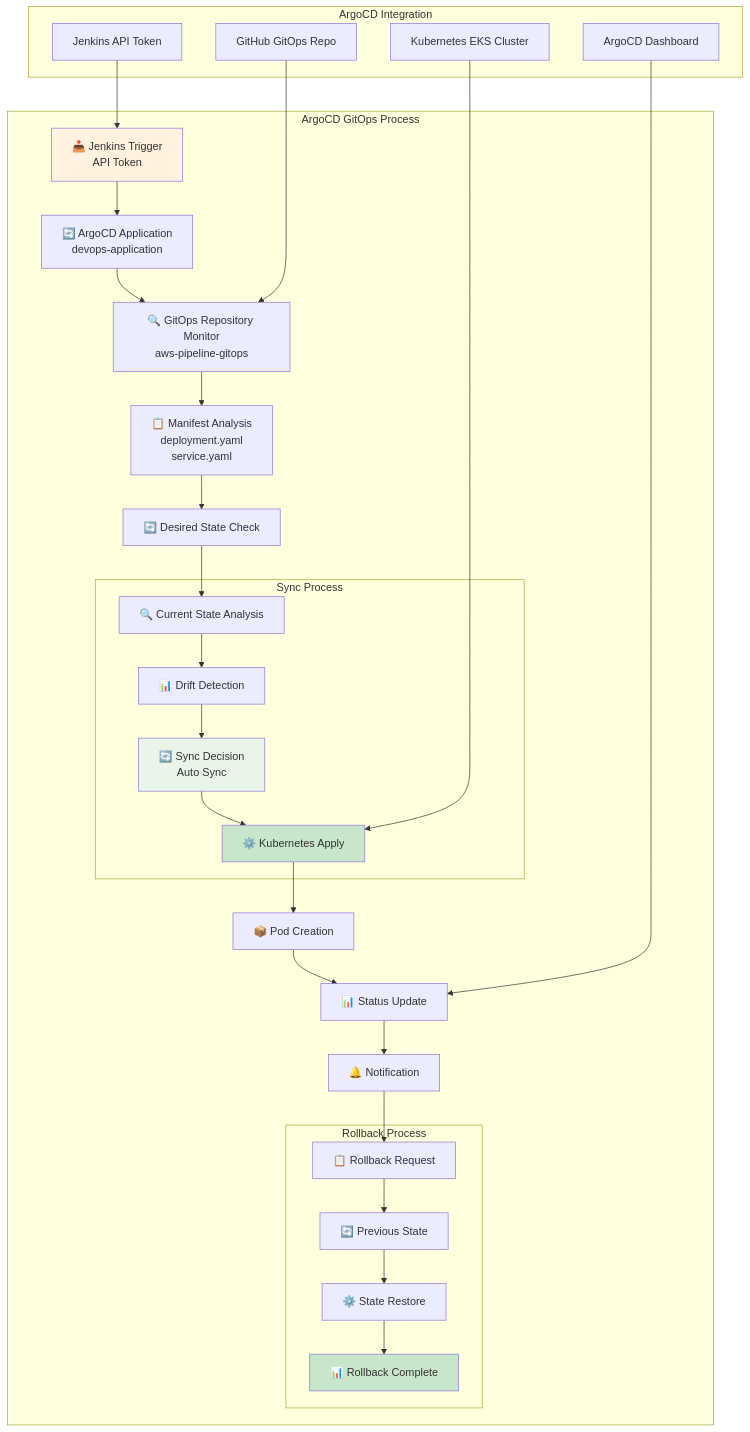
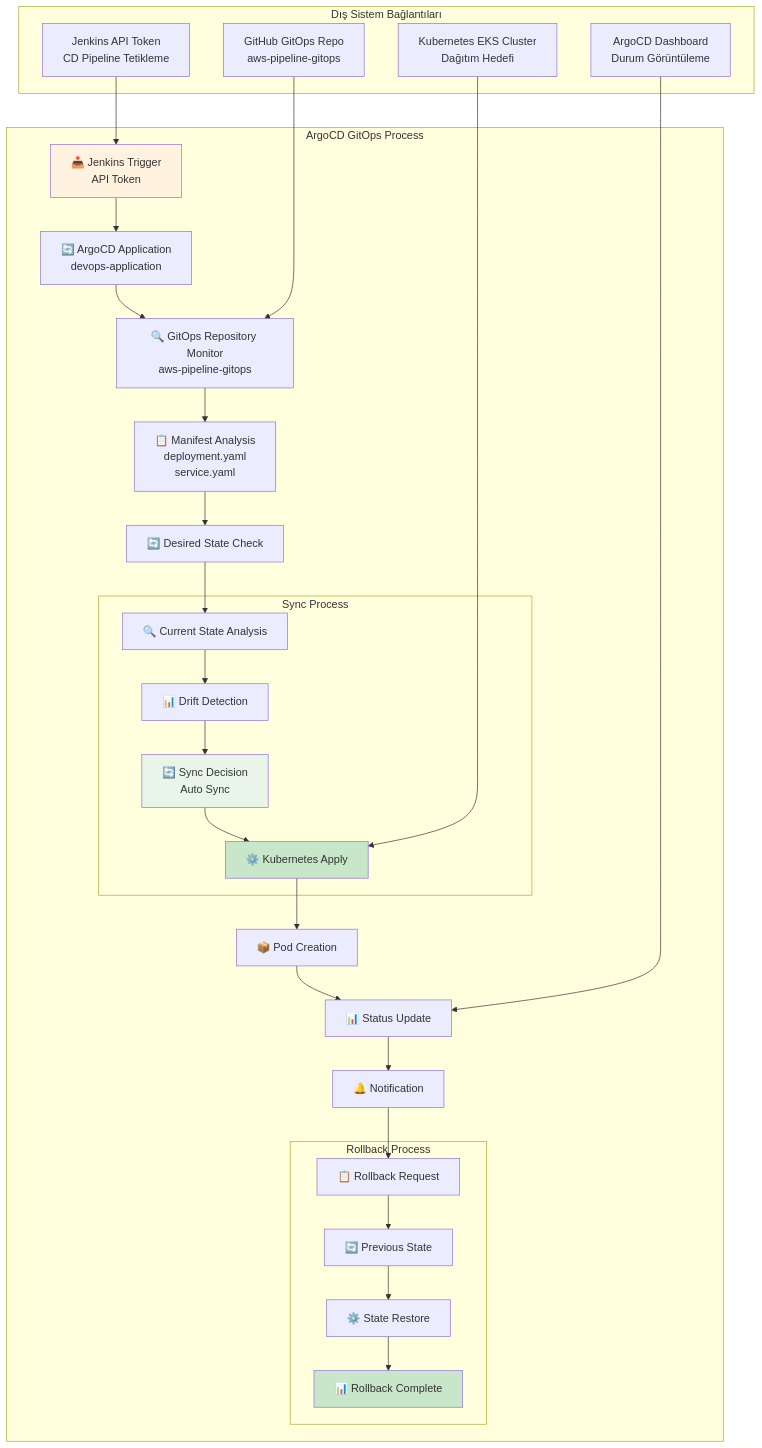
One commit to onurglr/aws-pipeline changed the sixth of 9 diagrams in detailed-devops-diagrams.md. Above: the diagram before and after it, drawn with Mermaid. The commit also changed other lines of this file, not shown here.

````diff
--- a/detailed-devops-diagrams.md
+++ b/detailed-devops-diagrams.md
@@ -222,45 +222,45 @@
 ```mermaid
 graph TB
     subgraph "ArgoCD GitOps Process"
         A[📥 Jenkins Trigger<br/>API Token] --> B[🔄 ArgoCD Application<br/>devops-application]
         B --> C[🔍 GitOps Repository Monitor<br/>aws-pipeline-gitops]
         C --> D[📋 Manifest Analysis<br/>deployment.yaml<br/>service.yaml]
         D --> E[🔄 Desired State Check]
         
         subgraph "Sync Process"
             E1[🔍 Current State Analysis]
             E2[📊 Drift Detection]
             E3[🔄 Sync Decision<br/>Auto Sync]
             E4[⚙️ Kubernetes Apply]
         end
         
         E --> E1
         E1 --> E2
         E2 --> E3
         E3 --> E4
         
         E4 --> F[📦 Pod Creation]
         F --> G[📊 Status Update]
         G --> H[🔔 Notification]
         
         subgraph "Rollback Process"
             I[📋 Rollback Request] --> J[🔄 Previous State]
             J --> K[⚙️ State Restore]
             K --> L[📊 Rollback Complete]
         end
         
         H --> I
     end
     
-    subgraph "ArgoCD Integration"
-        M[Jenkins API Token] --> A
-        N[GitHub GitOps Repo] --> C
-        O[Kubernetes EKS Cluster] --> E4
-        P[ArgoCD Dashboard] --> G
+    subgraph "Dış Sistem Bağlantıları"
+        M[Jenkins API Token<br/>CD Pipeline Tetikleme] --> A
+        N[GitHub GitOps Repo<br/>aws-pipeline-gitops] --> C
+        O[Kubernetes EKS Cluster<br/>Dağıtım Hedefi] --> E4
+        P[ArgoCD Dashboard<br/>Durum Görüntüleme] --> G
     end
     
     style A fill:#fff3e0
     style E3 fill:#e8f5e8
     style E4 fill:#c8e6c9
     style L fill:#c8e6c9
 ```
````
